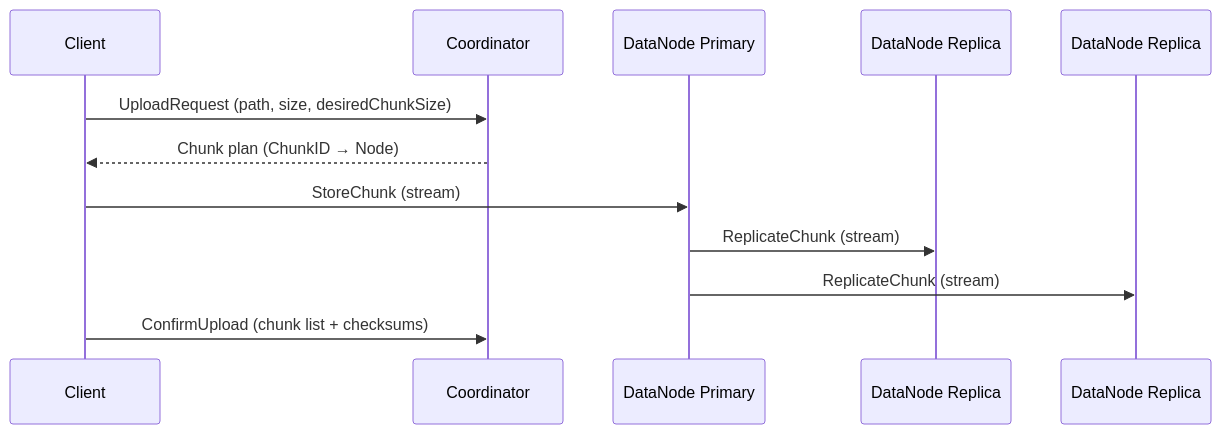
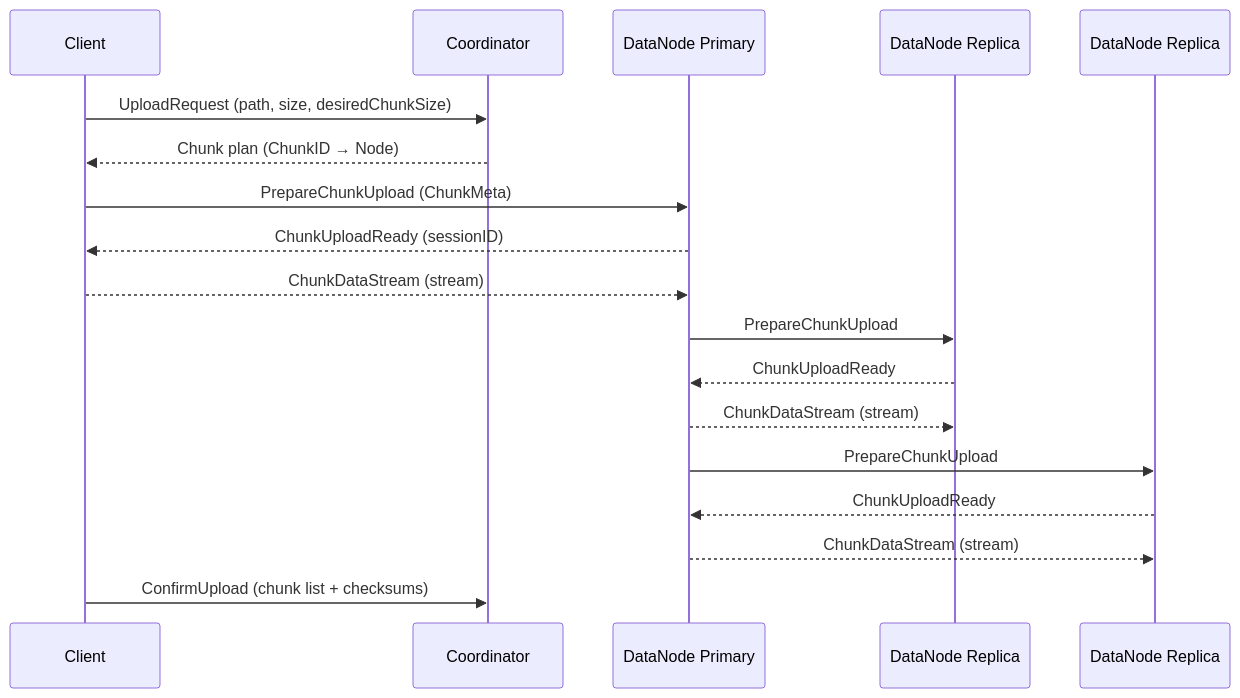
Before and after one commit to mochivi/distributed-file-system: the second of 2 diagrams in docs/design.md, drawn with Mermaid. The commit also changed other lines of this file and 1 other file, not shown here.

````diff
--- a/docs/design.md
+++ b/docs/design.md
@@ -50,19 +54,27 @@
 ```mermaid
 sequenceDiagram
     participant Client as Client
     participant Coord as Coordinator
     participant Primary as DataNode Primary
     participant Replica1 as DataNode Replica
     participant Replica2 as DataNode Replica
 
     Client->>Coord: UploadRequest (path, size, desiredChunkSize)
     Coord-->>Client: Chunk plan (ChunkID → Node)
 
     %% === Primary write path ===
-    Client->>Primary: StoreChunk (stream)
-    Primary->>Replica1: ReplicateChunk (stream)
-    Primary->>Replica2: ReplicateChunk (stream)
+    Client->>Primary: PrepareChunkUpload (ChunkMeta)
+    Primary-->>Client: ChunkUploadReady (sessionID)
+    Client-->>Primary: ChunkDataStream (stream)
+
+    %% Primary replicates (same two-phase handshake internally)
+    Primary->>Replica1: PrepareChunkUpload
+    Replica1-->>Primary: ChunkUploadReady
+    Primary-->>Replica1: ChunkDataStream (stream)
+    Primary->>Replica2: PrepareChunkUpload
+    Replica2-->>Primary: ChunkUploadReady
+    Primary-->>Replica2: ChunkDataStream (stream)
 
     %% === Commit ===
     Client->>Coord: ConfirmUpload (chunk list + checksums)
 ```
````
